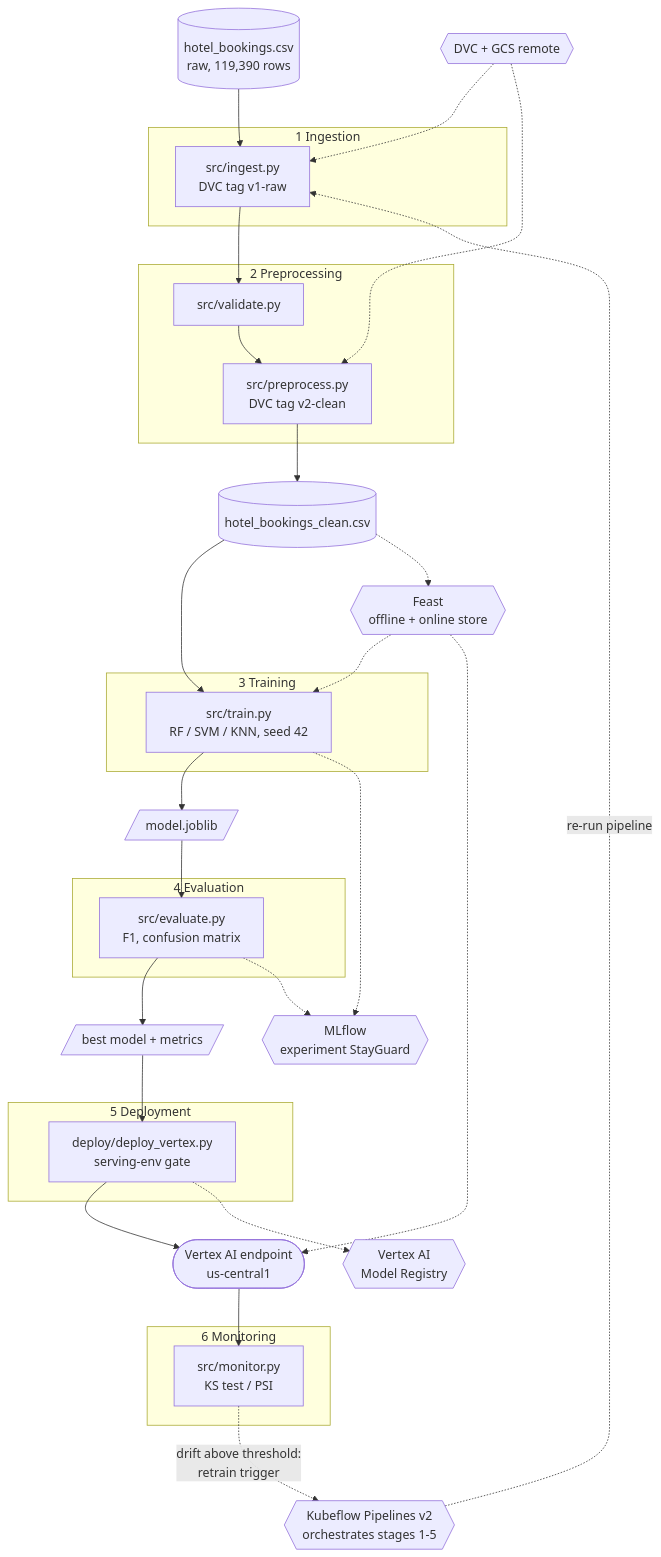
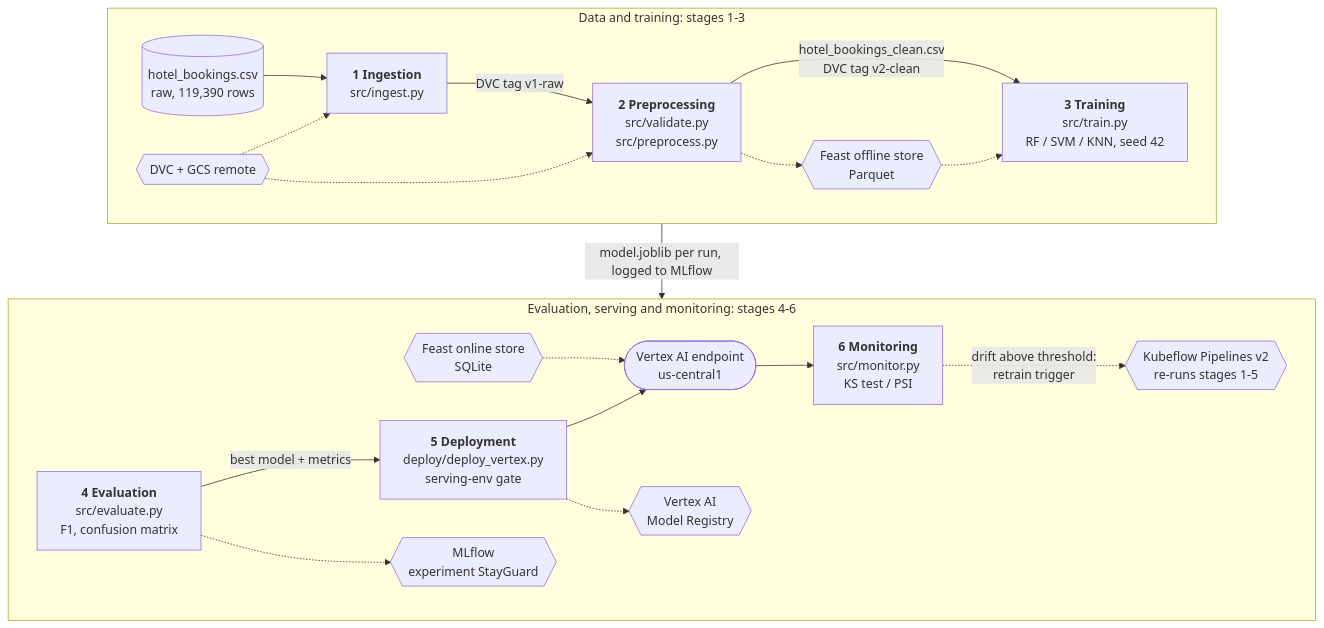
The diagram in report/lifecycle.md (rakshitha-manoj/StayGuard), drawn with Mermaid before and after one commit. The commit also changed other lines of this file and 3 other files, not shown here.

First line of the commit message:
Rebalance lifecycle diagram into two rows for slides

````diff
--- a/report/lifecycle.md
+++ b/report/lifecycle.md
@@ -7,49 +7,37 @@
 ```mermaid
 flowchart TB
-    RAW[("hotel_bookings.csv<br/>raw, 119,390 rows")]
-
-    subgraph S1["1 Ingestion"]
-        ING["src/ingest.py<br/>DVC tag v1-raw"]
+    subgraph R1["Data and training: stages 1-3"]
+        direction LR
+        RAW[("hotel_bookings.csv<br/>raw, 119,390 rows")]
+        ING["<b>1 Ingestion</b><br/>src/ingest.py"]
+        PRE["<b>2 Preprocessing</b><br/>src/validate.py<br/>src/preprocess.py"]
+        TRN["<b>3 Training</b><br/>src/train.py<br/>RF / SVM / KNN, seed 42"]
+        DVC{{"DVC + GCS remote"}}
+        FEAST{{"Feast offline store<br/>Parquet"}}
+        RAW --> ING
+        ING -- "DVC tag v1-raw" --> PRE
+        PRE -- "hotel_bookings_clean.csv<br/>DVC tag v2-clean" --> TRN
+        DVC -.-> ING
+        DVC -.-> PRE
+        PRE -.-> FEAST
+        FEAST -.-> TRN
     end
-    subgraph S2["2 Preprocessing"]
-        VAL["src/validate.py"]
-        PRE["src/preprocess.py<br/>DVC tag v2-clean"]
+    subgraph R2["Evaluation, serving and monitoring: stages 4-6"]
+        direction LR
+        EVA["<b>4 Evaluation</b><br/>src/evaluate.py<br/>F1, confusion matrix"]
+        DEP["<b>5 Deployment</b><br/>deploy/deploy_vertex.py<br/>serving-env gate"]
+        EP(["Vertex AI endpoint<br/>us-central1"])
+        MON["<b>6 Monitoring</b><br/>src/monitor.py<br/>KS test / PSI"]
+        FON{{"Feast online store<br/>SQLite"}}
+        KFP{{"Kubeflow Pipelines v2<br/>re-runs stages 1-5"}}
+        MLF{{"MLflow<br/>experiment StayGuard"}}
+        VTX{{"Vertex AI<br/>Model Registry"}}
+        EVA -- "best model + metrics" --> DEP
+        DEP --> EP --> MON
+        FON -.-> EP
+        MON -. "drift above threshold:<br/>retrain trigger" .-> KFP
+        EVA -.-> MLF
+        DEP -.-> VTX
     end
-    subgraph S3["3 Training"]
-        TRN["src/train.py<br/>RF / SVM / KNN, seed 42"]
-    end
-    subgraph S4["4 Evaluation"]
-        EVA["src/evaluate.py<br/>F1, confusion matrix"]
-    end
-    subgraph S5["5 Deployment"]
-        DEP["deploy/deploy_vertex.py<br/>serving-env gate"]
-    end
-    subgraph S6["6 Monitoring"]
-        MON["src/monitor.py<br/>KS test / PSI"]
-    end
-
-    CLEAN[("hotel_bookings_clean.csv")]
-    MODEL[/"model.joblib"/]
-    BEST[/"best model + metrics"/]
-    EP(["Vertex AI endpoint<br/>us-central1"])
-
-    DVC{{"DVC + GCS remote"}}
-    FEAST{{"Feast<br/>offline + online store"}}
-    MLF{{"MLflow<br/>experiment StayGuard"}}
-    KFP{{"Kubeflow Pipelines v2<br/>orchestrates stages 1-5"}}
-    VTX{{"Vertex AI<br/>Model Registry"}}
-
-    RAW --> ING --> VAL --> PRE --> CLEAN --> TRN --> MODEL --> EVA --> BEST --> DEP --> EP
-    EP --> MON
-    MON -. "drift above threshold:<br/>retrain trigger" .-> KFP
-    KFP -. "re-run pipeline" .-> ING
-
-    DVC -.-> ING
-    DVC -.-> PRE
-    CLEAN -.-> FEAST
-    FEAST -.-> TRN
-    FEAST -.-> EP
-    TRN -.-> MLF
-    EVA -.-> MLF
-    DEP -.-> VTX
+    R1 -- "model.joblib per run, logged to MLflow" --> R2
 ```
````
